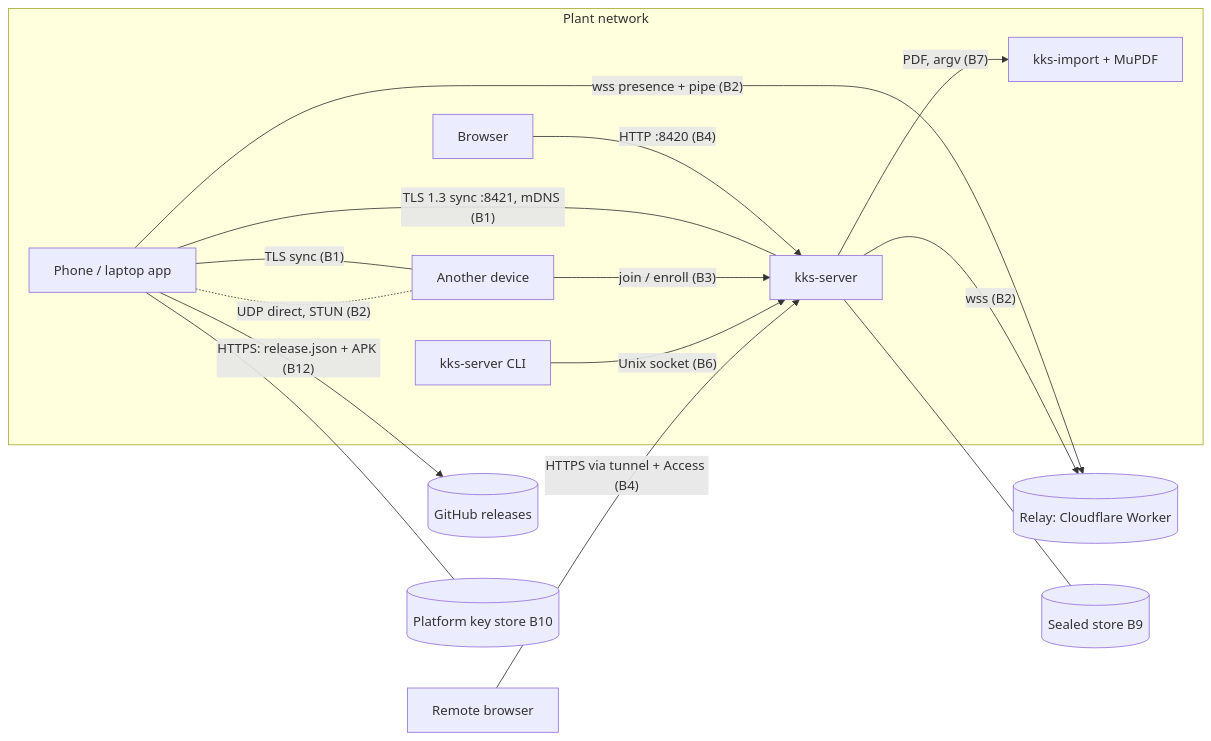
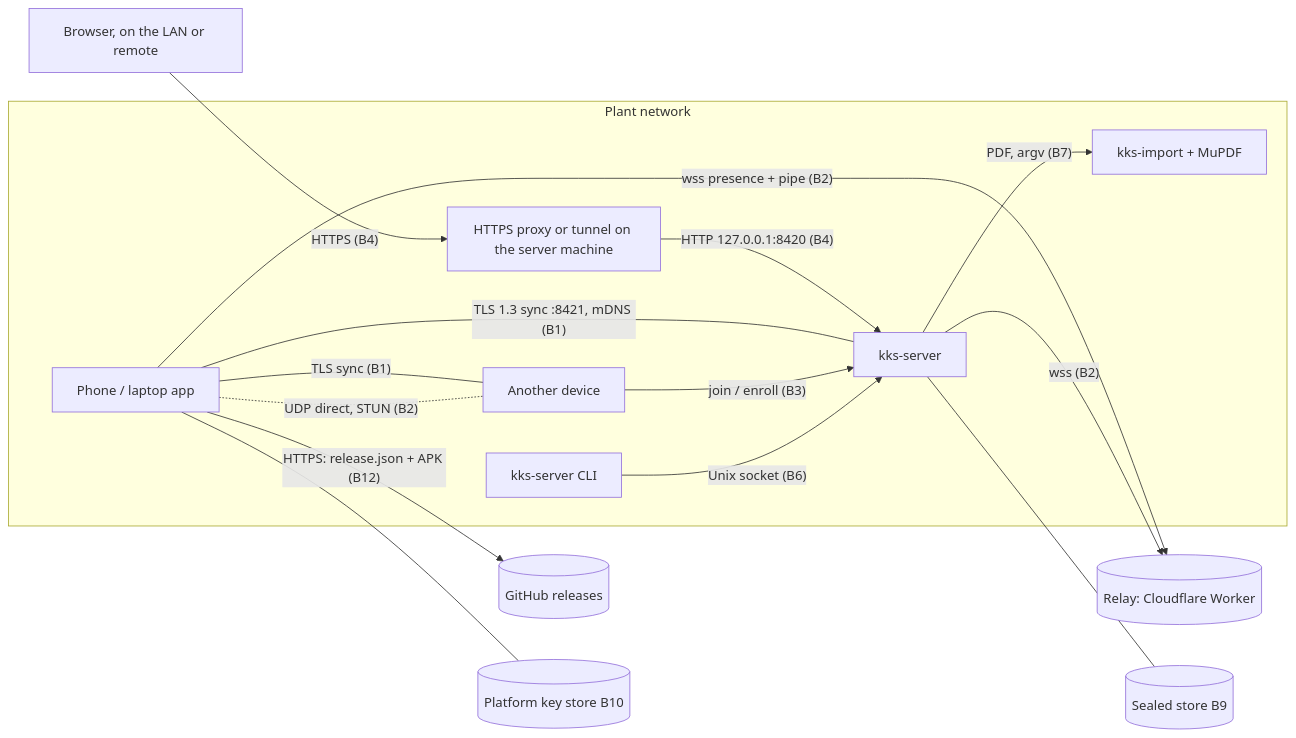
One commit to 5wHN28Dg/kks-explorer changed the diagram in docs/threat-model.md. Above: the diagram before and after it, drawn with Mermaid. The commit also changed other lines of this file, not shown here.

Commit message:
threat-model: B4 transport row and the diagram after the localhost-only listener

````diff
--- a/docs/threat-model.md
+++ b/docs/threat-model.md
@@ -43,18 +43,18 @@
 ```mermaid
 flowchart LR
   subgraph LAN["Plant network"]
-    B[Browser] -- "HTTP :8420 (B4)" --> S[kks-server]
+    P[HTTPS proxy or tunnel on the server machine] -- "HTTP 127.0.0.1:8420 (B4)" --> S[kks-server]
     D1[Phone / laptop app] -- "TLS 1.3 sync :8421, mDNS (B1)" --- S
     D1 -- "TLS sync (B1)" --- D2[Another device]
     D2 -- "join / enroll (B3)" --> S
     CLI[kks-server CLI] -- "Unix socket (B6)" --> S
     S -- "PDF, argv (B7)" --> I[kks-import + MuPDF]
   end
   D1 -- "wss presence + pipe (B2)" --> R[(Relay: Cloudflare Worker)]
   S -- "wss (B2)" --> R
   D1 -. "UDP direct, STUN (B2)" .- D2
-  Internet[Remote browser] -- "HTTPS via tunnel + Access (B4)" --> S
+  B[Browser, on the LAN or remote] -- "HTTPS (B4)" --> P
   D1 -- "HTTPS: release.json + APK (B12)" --> GH[(GitHub releases)]
   S --- DB[(Sealed store B9)]
   D1 --- K[(Platform key store B10)]
 ```
````
